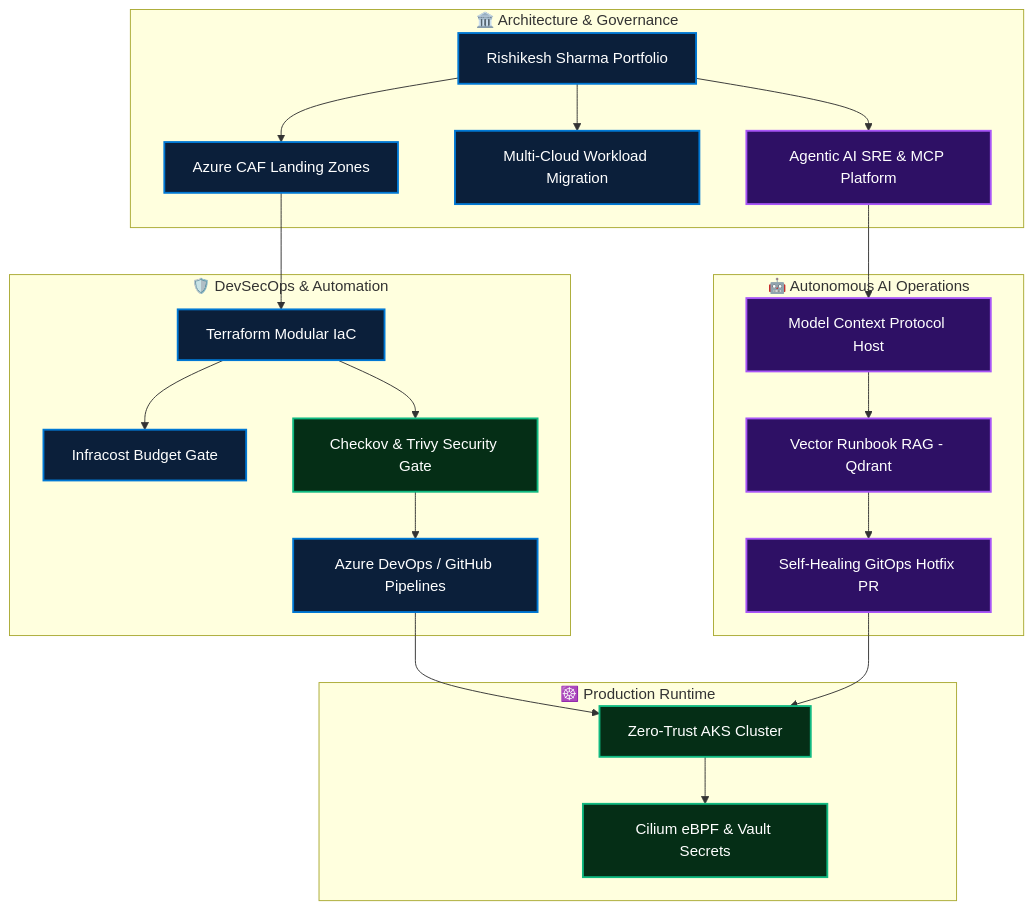
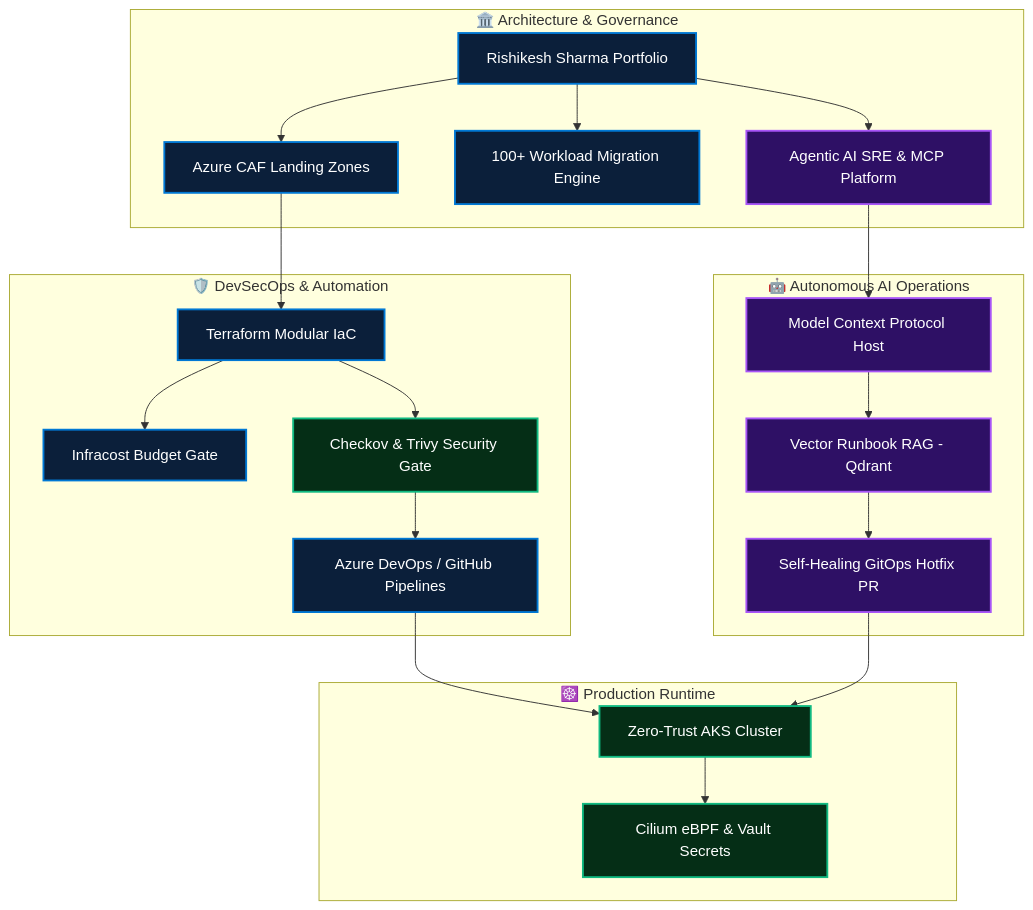
One commit to RisikeshSharma/RisikeshSharma changed the diagram in README.md. Above: the diagram before and after it, drawn with Mermaid. The commit also changed other lines of this file, not shown here.

````diff
--- a/README.md
+++ b/README.md
@@ -36,34 +36,34 @@
 ```mermaid
 flowchart TD
     subgraph Core["🏛️ Architecture & Governance"]
         A[Rishikesh Sharma Portfolio] --> B[Azure CAF Landing Zones]
-        A --> C[Multi-Cloud Workload Migration]
+        A --> C[100+ Workload Migration Engine]
         A --> D[Agentic AI SRE & MCP Platform]
     end
 
     subgraph DevSecOps["🛡️ DevSecOps & Automation"]
         B --> E[Terraform Modular IaC]
         E --> F[Infracost Budget Gate]
         E --> G[Checkov & Trivy Security Gate]
         G --> H[Azure DevOps / GitHub Pipelines]
     end
 
     subgraph AI["🤖 Autonomous AI Operations"]
         D --> I[Model Context Protocol Host]
         I --> J[Vector Runbook RAG - Qdrant]
         J --> K[Self-Healing GitOps Hotfix PR]
     end
 
     subgraph Runtime["☸️ Production Runtime"]
         H --> L[Zero-Trust AKS Cluster]
         K --> L
         L --> M[Cilium eBPF & Vault Secrets]
     end
 
     classDef blue fill:#0B1F3A,stroke:#0078D4,stroke-width:2px,color:#fff;
     classDef green fill:#052e16,stroke:#10b981,stroke-width:2px,color:#fff;
     classDef purple fill:#2e1065,stroke:#a855f7,stroke-width:2px,color:#fff;
     class A,B,C,E,F,H blue;
     class G,L,M green;
     class D,I,J,K purple;
 ```
````
